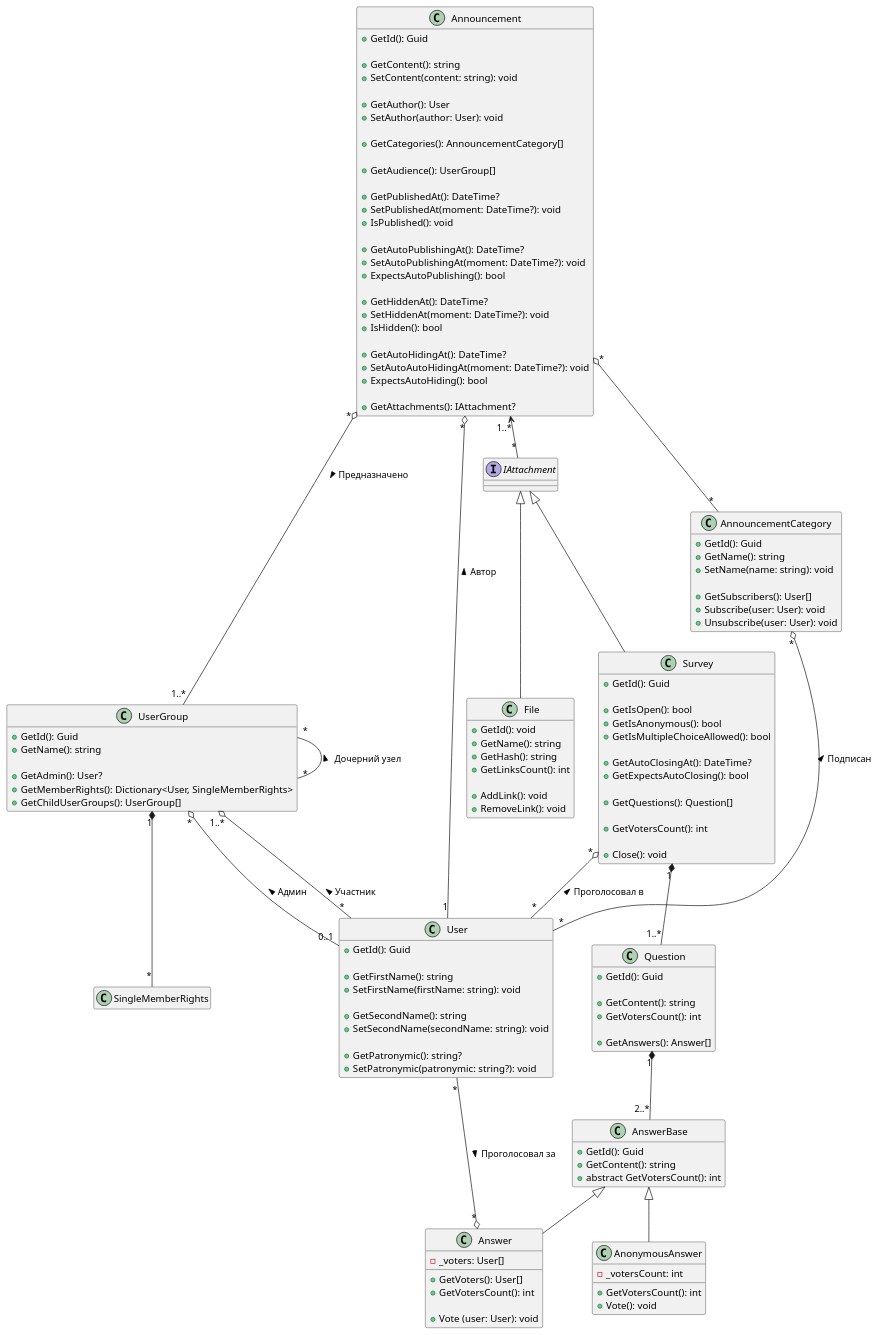
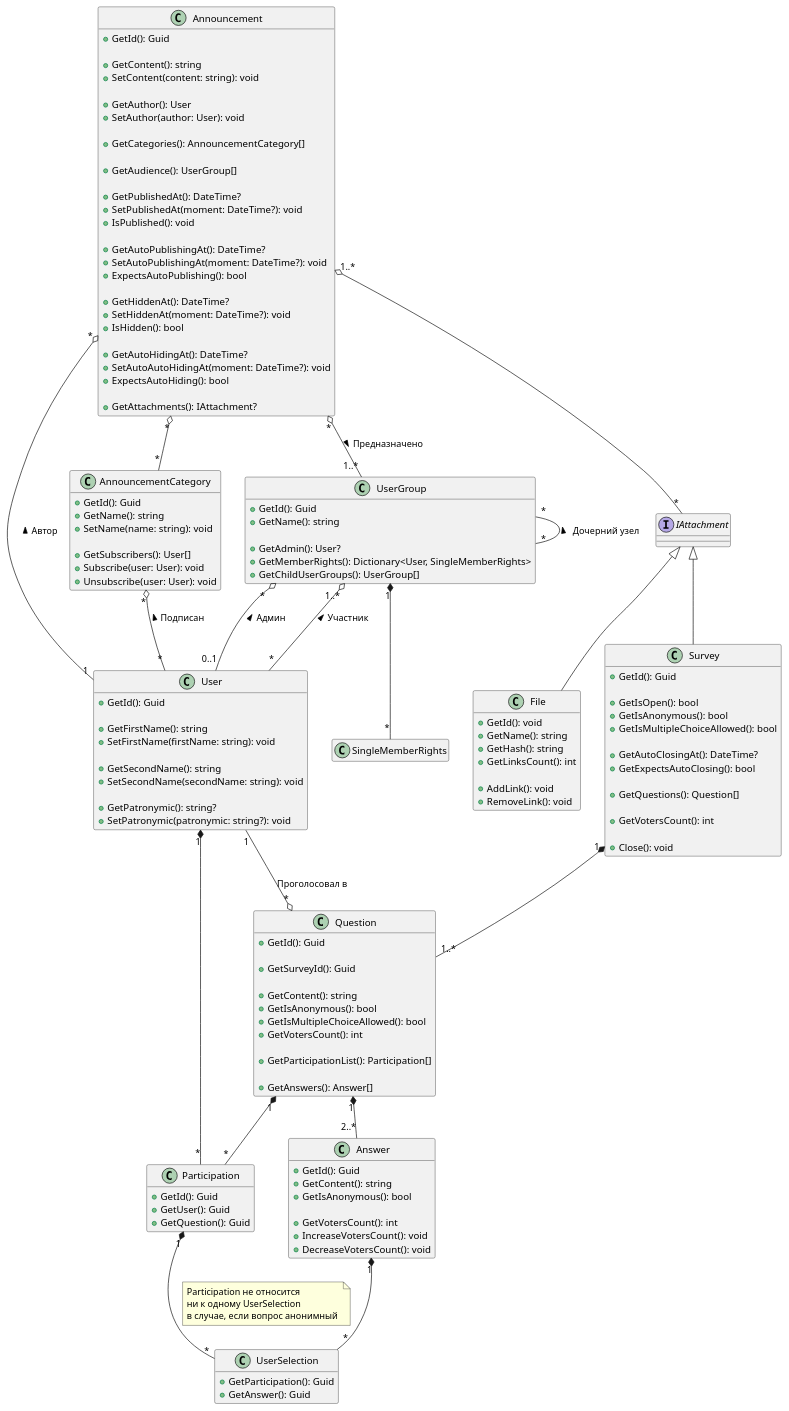
Before and after one commit to astu-app/ASTU-Bulletin-Board-Server: the diagram in doc/Диаграммы/class.puml, drawn with PlantUML. The commit also changed 5 other files, not shown here.

Commit message:
синхронизировал диаграммы: er, class, main-db + мелкие правки в api

```diff
--- a/doc/Диаграммы/class.puml
+++ b/doc/Диаграммы/class.puml
@@ -1,160 +1,175 @@
 @startuml
 'https://plantuml.com/class-diagram
 
 'left to right direction
 
 class Announcement {
     + GetId(): Guid
     
     + GetContent(): string
     + SetContent(content: string): void
     
     + GetAuthor(): User
     + SetAuthor(author: User): void
     
     + GetCategories(): AnnouncementCategory[] 
     
     + GetAudience(): UserGroup[]
     
     + GetPublishedAt(): DateTime?
     + SetPublishedAt(moment: DateTime?): void
     + IsPublished(): void
     
     + GetAutoPublishingAt(): DateTime?
     + SetAutoPublishingAt(moment: DateTime?): void
     + ExpectsAutoPublishing(): bool
     
     + GetHiddenAt(): DateTime?
     + SetHiddenAt(moment: DateTime?): void
     + IsHidden(): bool
     
     + GetAutoHidingAt(): DateTime?
     + SetAutoAutoHidingAt(moment: DateTime?): void
     + ExpectsAutoHiding(): bool
     
     + GetAttachments(): IAttachment?
 }
 hide Announcement fields
 
 class AnnouncementCategory {
     + GetId(): Guid
     + GetName(): string
     + SetName(name: string): void
     
     + GetSubscribers(): User[]
     + Subscribe(user: User): void
     + Unsubscribe(user: User): void
 }
 hide AnnouncementCategory fields
 Announcement "*" o-- "*" AnnouncementCategory
 
 interface IAttachment {
     
 }
-Announcement "1..*" <-- "*" IAttachment
+Announcement "1..*" o-- "*" IAttachment
 
 class File extends IAttachment {
     + GetId(): void
     + GetName(): string    
     + GetHash(): string
     + GetLinksCount(): int
     
     + AddLink(): void
     + RemoveLink(): void
 }
 hide File fields
 
 class UserGroup {
     + GetId(): Guid
     + GetName(): string
     
     + GetAdmin(): User?
     + GetMemberRights(): Dictionary<User, SingleMemberRights>
     + GetChildUserGroups(): UserGroup[]
 }
 hide UserGroup fields
 UserGroup "*" -- "*" UserGroup : < Дочерний узел
 Announcement "*" o-- "1..*" UserGroup : > Предназначено
 
 class SingleMemberRights {
     ' todo продумать права
 }
 hide SingleMemberRights members
 UserGroup "1" *-- "*" SingleMemberRights
 
 class User {
     + GetId(): Guid
     
     + GetFirstName(): string
     + SetFirstName(firstName: string): void
     
     + GetSecondName(): string
     + SetSecondName(secondName: string): void
     
     + GetPatronymic(): string?
     + SetPatronymic(patronymic: string?): void
 }
 hide User fields
 UserGroup "*" o-- "0..1" User : < Админ
 UserGroup "1..*" o-- "*" User : < Участник
 Announcement "*" o-- "1" User : < Автор
 AnnouncementCategory "*" o-- "*" User : < Подписан
-Survey "*" o-- "*" User : < Проголосовал в 
 
 class Survey extends IAttachment {
      + GetId(): Guid
      
      + GetIsOpen(): bool
      + GetIsAnonymous(): bool
      + GetIsMultipleChoiceAllowed(): bool
      
      + GetAutoClosingAt(): DateTime?
      + GetExpectsAutoClosing(): bool
      
      + GetQuestions(): Question[]
      
      + GetVotersCount(): int
      
      + Close(): void
 }
 hide Survey fields
 
 class Question {
     + GetId(): Guid
     
+    + GetSurveyId(): Guid
+    
     + GetContent(): string
+    + GetIsAnonymous(): bool
+    + GetIsMultipleChoiceAllowed(): bool
     + GetVotersCount(): int
+    
+    + GetParticipationList(): Participation[]
     
     + GetAnswers(): Answer[]
 }
 hide Question fields
+User "1" --o "*" Question : Проголосовал в
 Survey "1" *-- "1..*" Question
 
-class AnswerBase {
+class Participation {
+    + GetId(): Guid
+    + GetUser(): Guid
+    + GetQuestion(): Guid
+}
+hide Participation fields
+Question "1" *-- "*" Participation
+User "1" *-- "*" Participation
+
+class Answer {
     + GetId(): Guid
     + GetContent(): string
-    + abstract GetVotersCount(): int
+    + GetIsAnonymous(): bool
+    
+    + GetVotersCount(): int
+    + IncreaseVotersCount(): void
+    + DecreaseVotersCount(): void
 }
-hide AnswerBase fields
-Question "1" *-- "2..*" AnswerBase
+hide Answer fields
+Question "1" *-- "2..*" Answer
 
-class Answer extends AnswerBase {
-    - _voters: User[]
-    
-    + GetVoters(): User[]
-    + GetVotersCount(): int
-    
-    + Vote (user: User): void
+class UserSelection {
+    + GetParticipation(): Guid
+    + GetAnswer(): Guid
 }
-User "*" --o "*" Answer : > Проголосовал за
-
-class AnonymousAnswer extends AnswerBase {
-    - _votersCount: int
-
-    + GetVotersCount(): int
-    + Vote(): void
-}
+hide UserSelection fields
+Answer "1" *-- "*" UserSelection
+Participation "1" *-- "*" UserSelection
+note on link
+    Participation не относится
+    ни к одному UserSelection
+    в случае, если вопрос анонимный 
+end note
 
 
 
 @enduml
```
